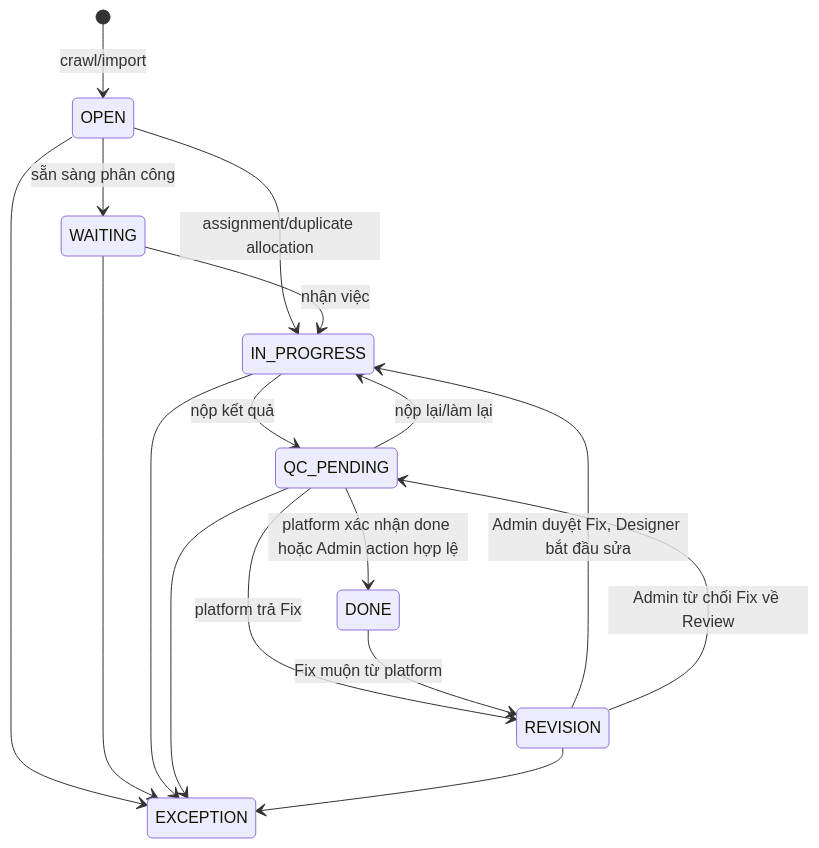
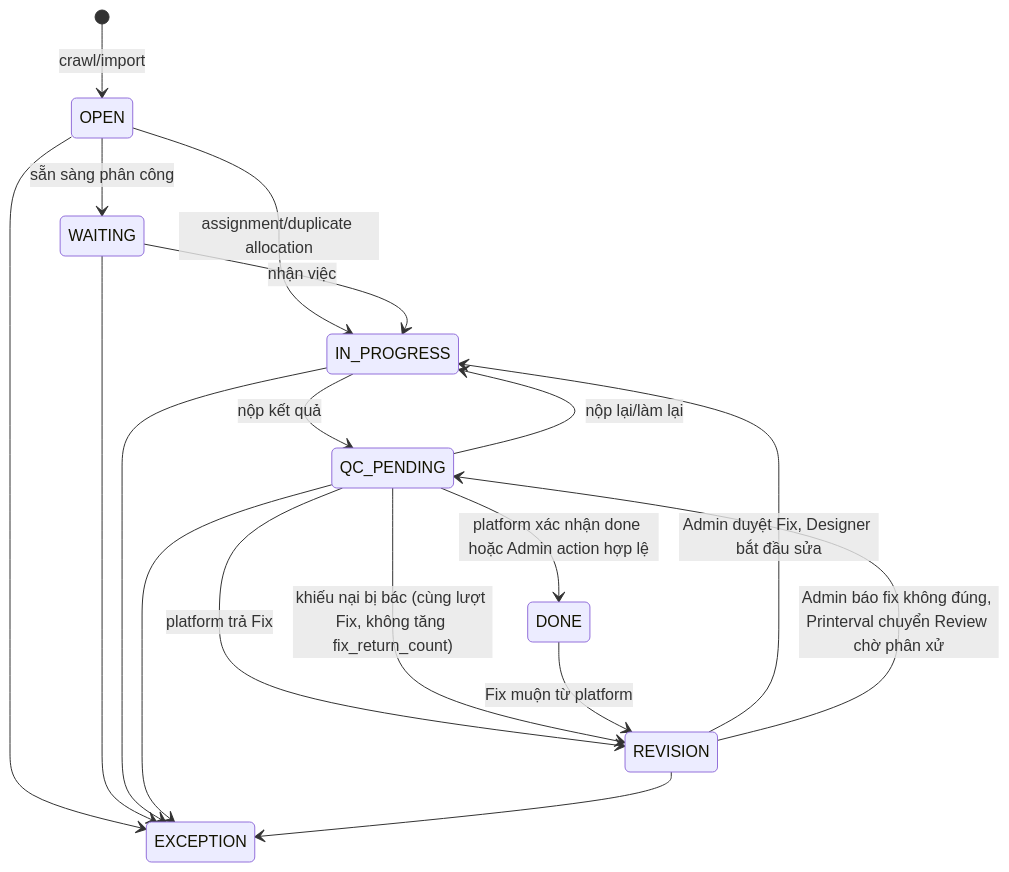
Before and after one commit to Hongphuc05/pinterva-manager: the diagram in docs/tacahu-ops-core/order-workflow.md, drawn with Mermaid. The commit also changed other lines of this file and 29 other files, not shown here.

First line of the commit message:
feat(fix): 'Báo fix không đúng' replaces 'Từ chối Fix', sent to Printerval's new dispute

````diff
--- a/docs/tacahu-ops-core/order-workflow.md
+++ b/docs/tacahu-ops-core/order-workflow.md
@@ -24,20 +24,21 @@
 ```mermaid
 stateDiagram-v2
     [*] --> OPEN: crawl/import
     OPEN --> WAITING: sẵn sàng phân công
     OPEN --> IN_PROGRESS: assignment/duplicate allocation
     WAITING --> IN_PROGRESS: nhận việc
     IN_PROGRESS --> QC_PENDING: nộp kết quả
     QC_PENDING --> DONE: platform xác nhận done hoặc Admin action hợp lệ
     QC_PENDING --> REVISION: platform trả Fix
     REVISION --> IN_PROGRESS: Admin duyệt Fix, Designer bắt đầu sửa
-    REVISION --> QC_PENDING: Admin từ chối Fix về Review
+    REVISION --> QC_PENDING: Admin báo fix không đúng, Printerval chuyển Review chờ phân xử
+    QC_PENDING --> REVISION: khiếu nại bị bác (cùng lượt Fix, không tăng fix_return_count)
     QC_PENDING --> IN_PROGRESS: nộp lại/làm lại
     DONE --> REVISION: Fix muộn từ platform
     state EXCEPTION
     OPEN --> EXCEPTION
     WAITING --> EXCEPTION
     IN_PROGRESS --> EXCEPTION
     QC_PENDING --> EXCEPTION
     REVISION --> EXCEPTION
 ```
````
